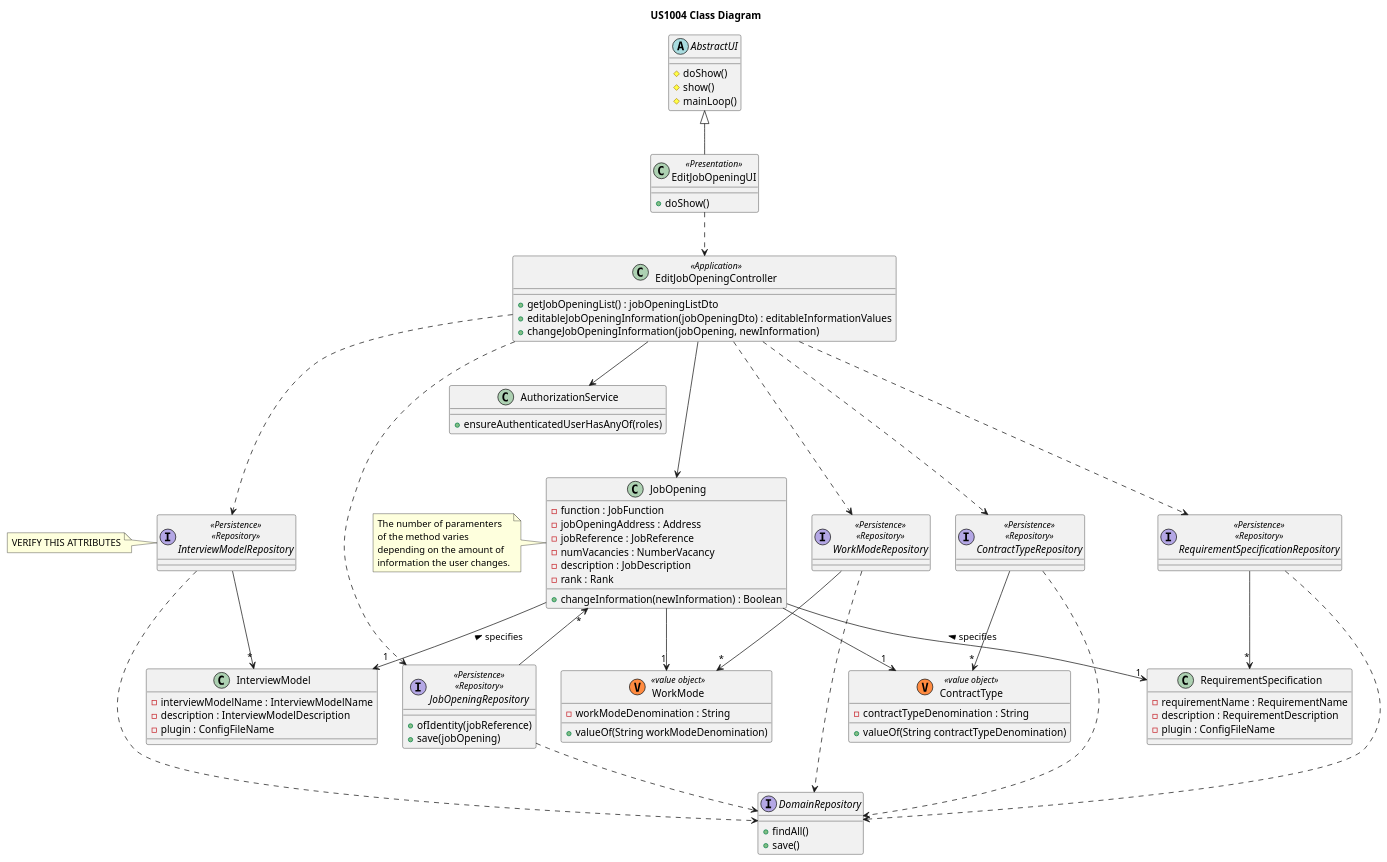
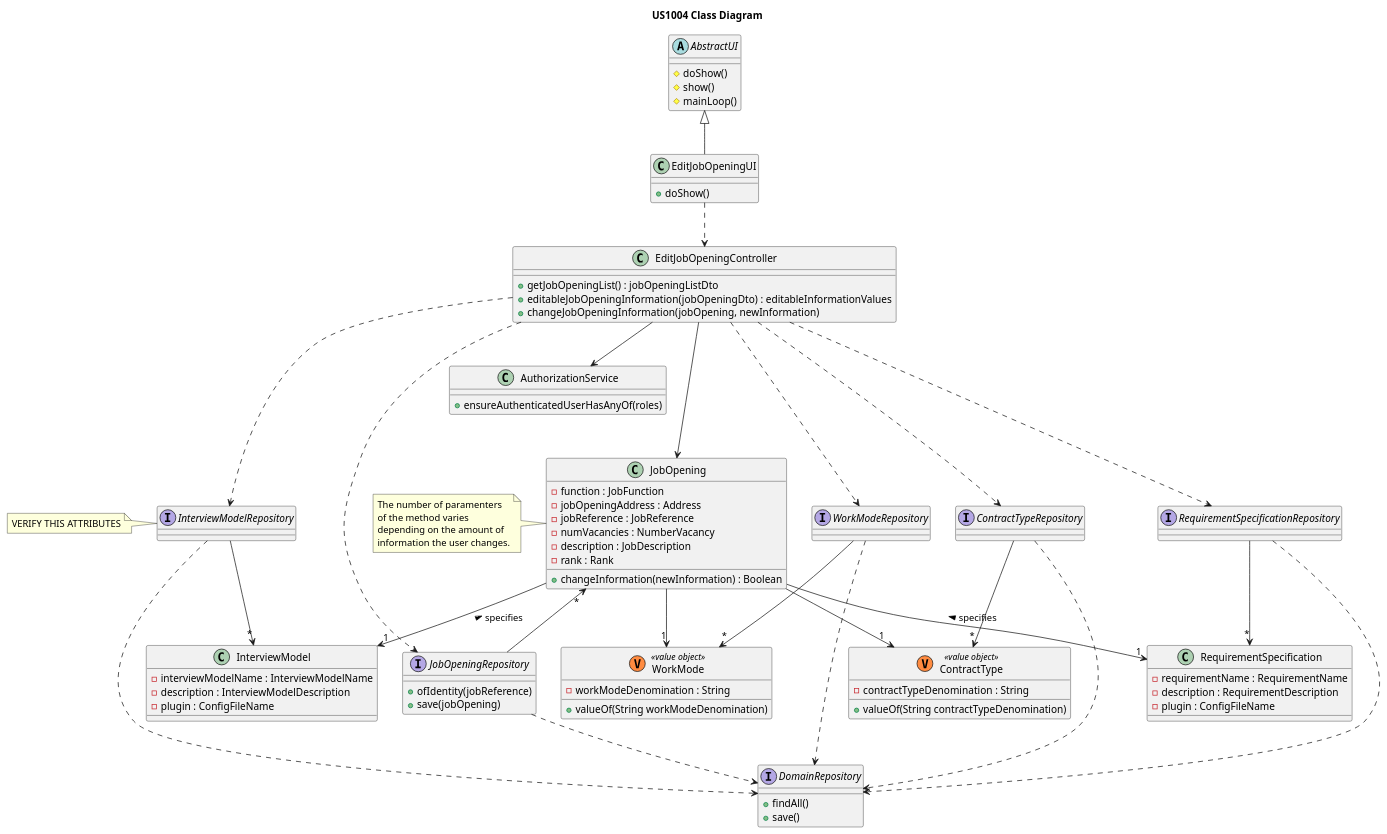
The diagram in docs/sprint-c/us_1004/class-diagram.puml (rita-barbosa/LAPR4-2324), drawn with PlantUML before and after one commit.

Commit message:
docs: updates class diagram [#162]

```diff
--- a/docs/sprint-c/us_1004/class-diagram.puml
+++ b/docs/sprint-c/us_1004/class-diagram.puml
@@ -1,148 +1,148 @@
 @startuml
 'https://plantuml.com/class-diagram
 
 title US1004 Class Diagram
 
 
 
 abstract class AbstractUI {
     # doShow()
     # show()
     # mainLoop()
 }
 
 
-class EditJobOpeningUI <<Presentation>> {
+class EditJobOpeningUI {
 + doShow()
 }
 
-class EditJobOpeningController <<Application>> {
+class EditJobOpeningController  {
 + getJobOpeningList() : jobOpeningListDto
 + editableJobOpeningInformation(jobOpeningDto) : editableInformationValues
 + changeJobOpeningInformation(jobOpening, newInformation)
 }
 
 'Requirements
 class RequirementSpecification {
 - requirementName : RequirementName
 - description : RequirementDescription
 - plugin : ConfigFileName
 }
 
 'Interview
 class InterviewModel {
 - interviewModelName : InterviewModelName
 - description : InterviewModelDescription
 - plugin : ConfigFileName
 }
 
 class InterviewModelRepository {
 
 }
 
 
 
 
 note left
 VERIFY THIS ATTRIBUTES
 end note
 
 class AuthorizationService {
 + ensureAuthenticatedUserHasAnyOf(roles)
 }
 
 ''Address
 'class Address <<(V,#FF8B40) value object>> {
 '-  streetName : String
 '-  city : String
 '-  district : String
 '-  state : String
 '-  zipcode :String
 '+ valueOf()
 '}
 
 'Job Opening
 class JobOpening  {
 - function : JobFunction
 - jobOpeningAddress : Address
 - jobReference : JobReference
 - numVacancies : NumberVacancy
 - description : JobDescription
 - rank : Rank
 + changeInformation(newInformation) : Boolean
 }
 
 note left
 The number of paramenters
 of the method varies
 depending on the amount of
 information the user changes.
 end note
 
 
 class WorkMode<<(V,#FF8B40) value object>> {
 -  workModeDenomination : String
 + valueOf(String workModeDenomination)
 }
 
 class ContractType <<(V,#FF8B40) value object>> {
 - contractTypeDenomination : String
 + valueOf(String contractTypeDenomination)
 }
 
-interface JobOpeningRepository <<Persistence>> <<Repository>> {
+interface JobOpeningRepository {
 + ofIdentity(jobReference)
 + save(jobOpening)
 }
 
-interface WorkModeRepository <<Persistence>> <<Repository>> {
+interface WorkModeRepository {
 }
 
-interface ContractTypeRepository <<Persistence>> <<Repository>> {
+interface ContractTypeRepository {
 }
 
-interface InterviewModelRepository <<Persistence>> <<Repository>> {
+interface InterviewModelRepository {
 }
 
-interface RequirementSpecificationRepository <<Persistence>> <<Repository>> {
+interface RequirementSpecificationRepository {
 }
 
 interface DomainRepository {
 + findAll()
 + save()
 }
 
 AbstractUI <|-- EditJobOpeningUI
 EditJobOpeningUI .-> EditJobOpeningController
 EditJobOpeningController --> AuthorizationService
 EditJobOpeningController .--> JobOpeningRepository
 EditJobOpeningController .--> WorkModeRepository
 EditJobOpeningController .--> ContractTypeRepository
 EditJobOpeningController .--> RequirementSpecificationRepository
 EditJobOpeningController .--> InterviewModelRepository
 
 EditJobOpeningController --> JobOpening
 JobOpening "*" <-- JobOpeningRepository
 
 JobOpening --> "1" WorkMode
 JobOpening --> "1" ContractType
 
 
 
 
 RequirementSpecification "1" <-up- JobOpening : specifies >
 InterviewModel "1" <-up- JobOpening : specifies >
 
 WorkModeRepository -->  "*" WorkMode
 RequirementSpecificationRepository -->  "*" RequirementSpecification
 InterviewModelRepository -->  "*" InterviewModel
 ContractTypeRepository -->  "*" ContractType
 
 
 JobOpeningRepository .-> DomainRepository
 ContractTypeRepository .-> DomainRepository
 InterviewModelRepository .-> DomainRepository
 RequirementSpecificationRepository .-> DomainRepository
 WorkModeRepository .--> DomainRepository
 
 @enduml
```
